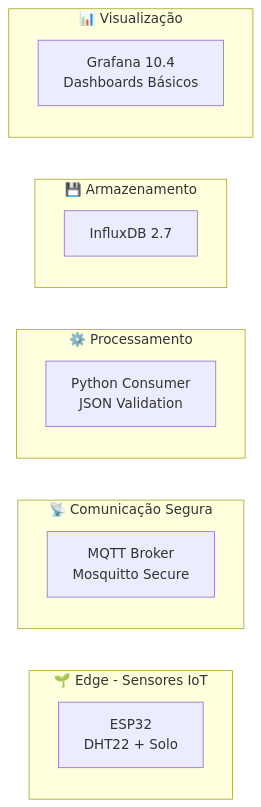
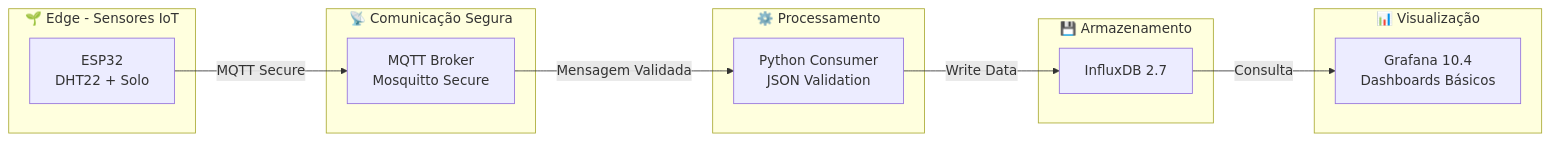
Before and after one commit to GustavoFelipe85/smart-farm-iot-system: the diagram in README.md, drawn with Mermaid. The commit also changed other lines of this file, not shown here.

````diff
--- a/README.md
+++ b/README.md
@@ -43,23 +44,29 @@
 ```mermaid
 flowchart LR
   subgraph EDGE[🌱 Edge - Sensores IoT]
     ESP[ESP32<br/>DHT22 + Solo]
   end
 
   subgraph COMM[📡 Comunicação Segura]
     MQ[MQTT Broker<br/>Mosquitto Secure]
   end
 
   subgraph PROC[⚙️ Processamento]
     PY[Python Consumer<br/>JSON Validation]
   end
 
   subgraph DB[💾 Armazenamento]
     INF[InfluxDB 2.7]
   end
 
   subgraph VIS[📊 Visualização]
     GF[Grafana 10.4<br/>Dashboards Básicos]
   end
 
+  ESP -->|MQTT Secure| MQ
+  MQ -->|Mensagem Validada| PY
+  PY -->|Write Data| INF
+  INF -->|Consulta| GF
+
+
 ```
````
